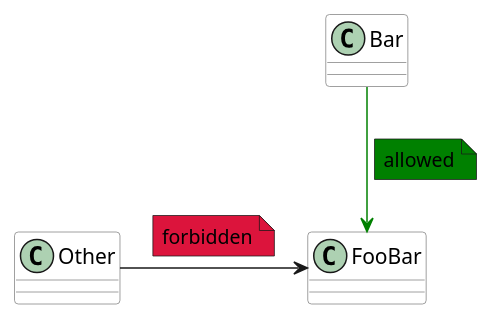
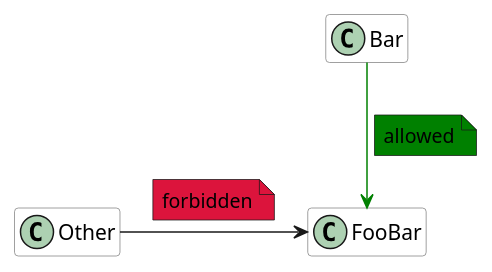
The third of 9 diagrams in userguide/004_What_to_Check.adoc (TNG/ArchUnit), drawn with PlantUML before and after one commit. The commit also changed other lines of this file and 53 other files, not shown here.

```diff
--- a/userguide/004_What_to_Check.adoc
+++ b/userguide/004_What_to_Check.adoc
@@ -50,23 +50,26 @@
-[plantuml, "class-naming-deps"]
+[plantuml, "class-naming-deps", svg, opts=interactive]
 ----
+@startuml
+hide empty members
 skinparam componentStyle uml2
 
 skinparam component {
   BorderColor #grey
   BackgroundColor #white
 }
 
 skinparam class {
   BorderColor #grey
   BackgroundColor #white
 }
 
 class Other
 class FooBar
 
 Other -> FooBar
 note top on link #crimson: forbidden
 
 Bar --> FooBar #green
 note left on link #green: allowed
+@enduml
 ----
```
